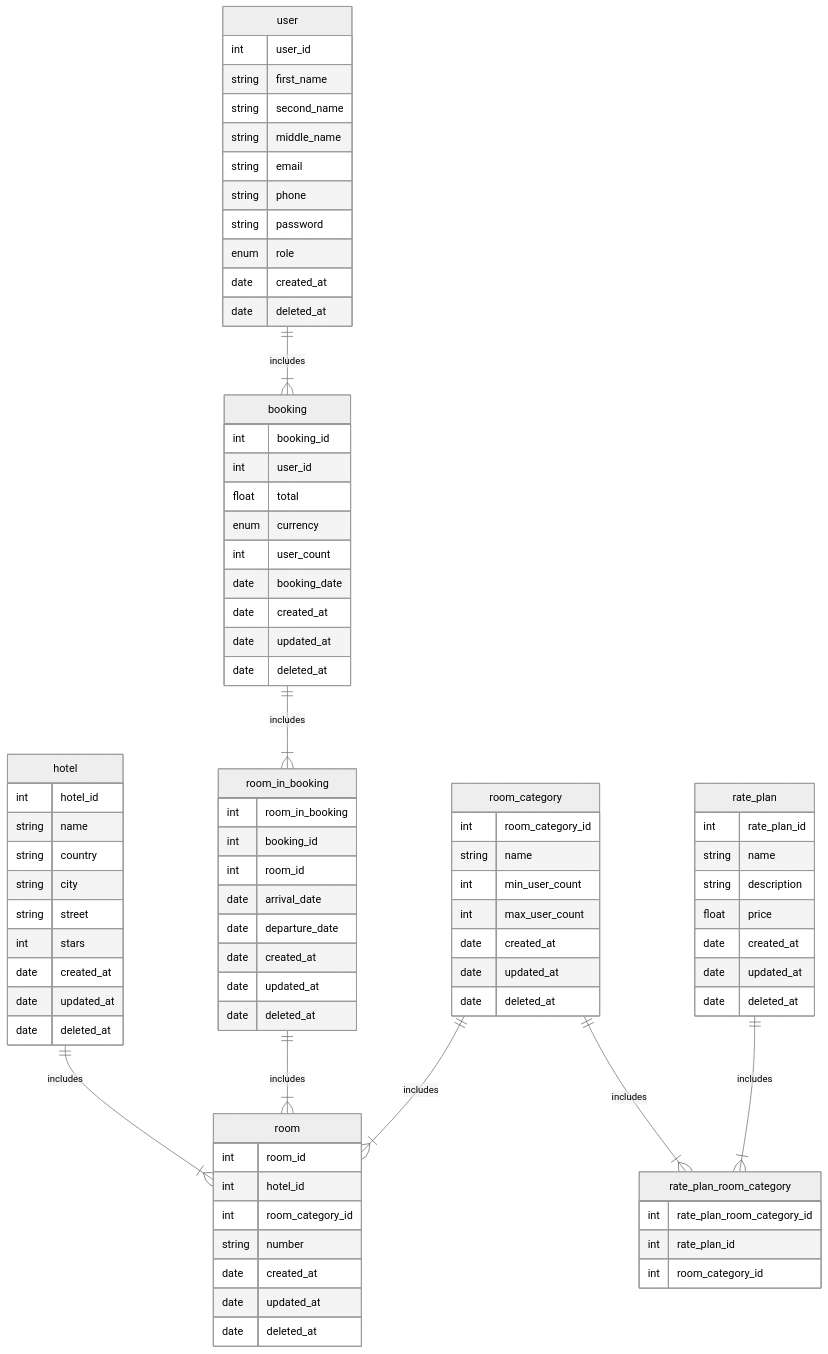
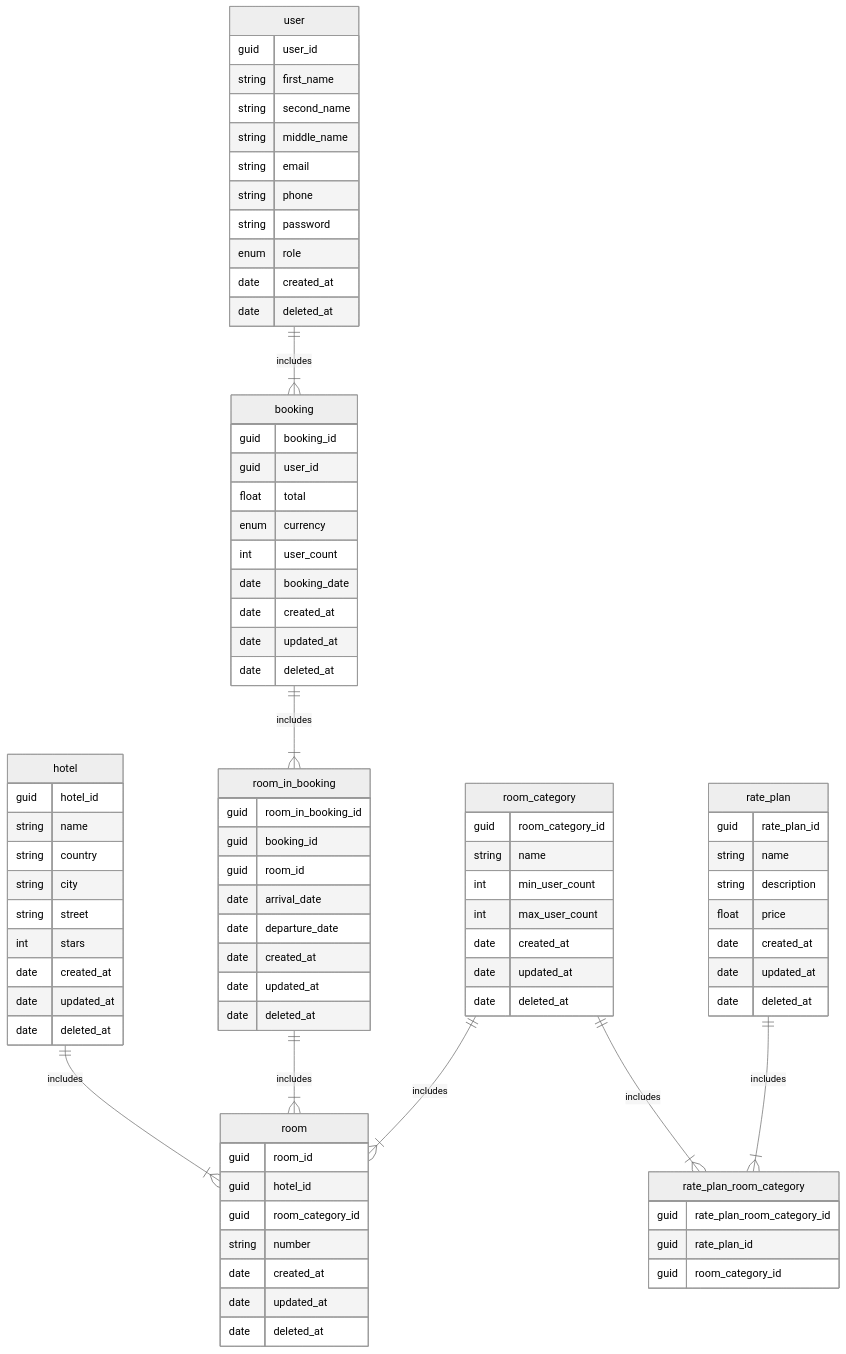
One commit to vamerkushev/Hotel-booking-service changed the diagram in README.md. Above: the diagram before and after it, drawn with Mermaid (neutral theme). The commit also changed other lines of this file, not shown here.

```diff
--- a/README.md
+++ b/README.md
@@ -178,7 +178,7 @@
     rate_plan ||--|{ rate_plan_room_category : includes
 
     user {
-        int user_id
+        guid user_id
         string first_name
         string second_name
         string middle_name
@@ -190,8 +190,8 @@
         date deleted_at
     }
     booking {
-        int booking_id
-        int user_id
+        guid booking_id
+        guid user_id
         float total
         enum currency
         int user_count
@@ -201,9 +201,9 @@
         date deleted_at
     }
     room_in_booking {
-        int room_in_booking
-        int booking_id
-        int room_id
+        guid room_in_booking_id
+        guid booking_id
+        guid room_id
         date arrival_date
         date departure_date
         date created_at
@@ -211,16 +211,16 @@
         date deleted_at
     }
     room {
-        int room_id
-        int hotel_id
-        int room_category_id
+        guid room_id
+        guid hotel_id
+        guid room_category_id
         string number
         date created_at
         date updated_at
         date deleted_at
     }
     room_category {
-        int room_category_id
+        guid room_category_id
         string name
         int min_user_count
         int max_user_count
@@ -229,7 +229,7 @@
         date deleted_at
     }
     hotel {
-        int hotel_id
+        guid hotel_id
         string name
         string country
         string city
@@ -240,12 +240,12 @@
         date deleted_at
     }
     rate_plan_room_category {
-        int rate_plan_room_category_id
-        int rate_plan_id
-        int room_category_id
+        guid rate_plan_room_category_id
+        guid rate_plan_id
+        guid room_category_id
     }
     rate_plan {
-        int rate_plan_id
+        guid rate_plan_id
         string name
         string description
         float price
```
